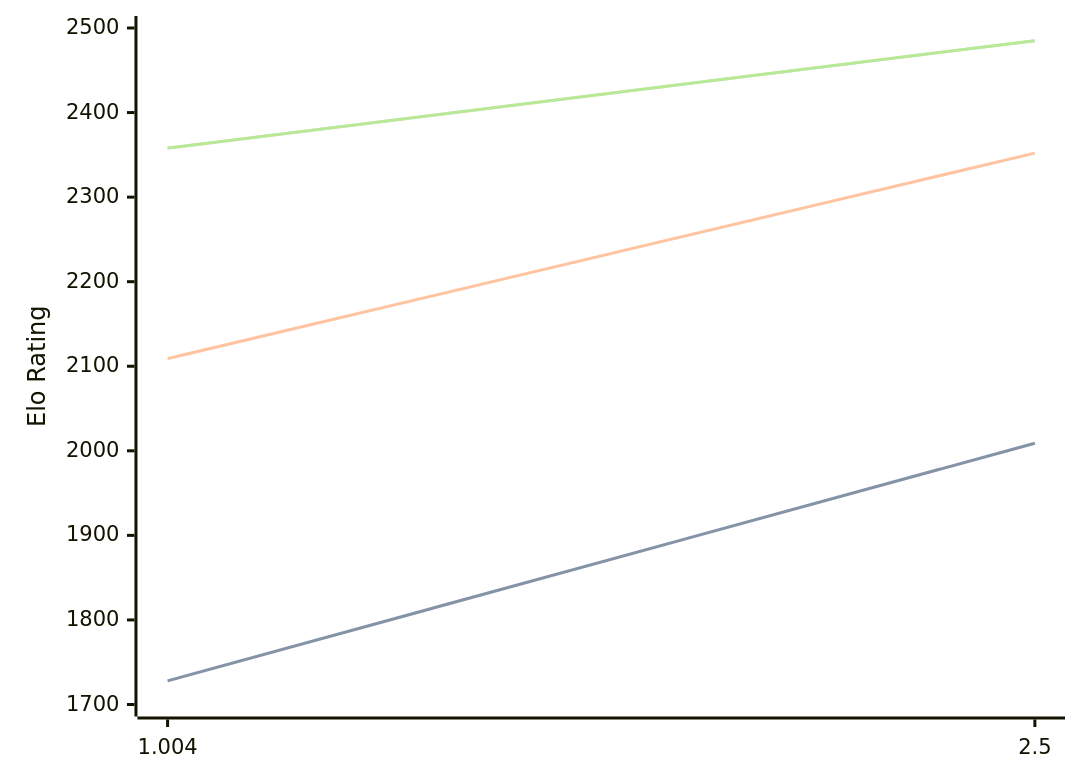
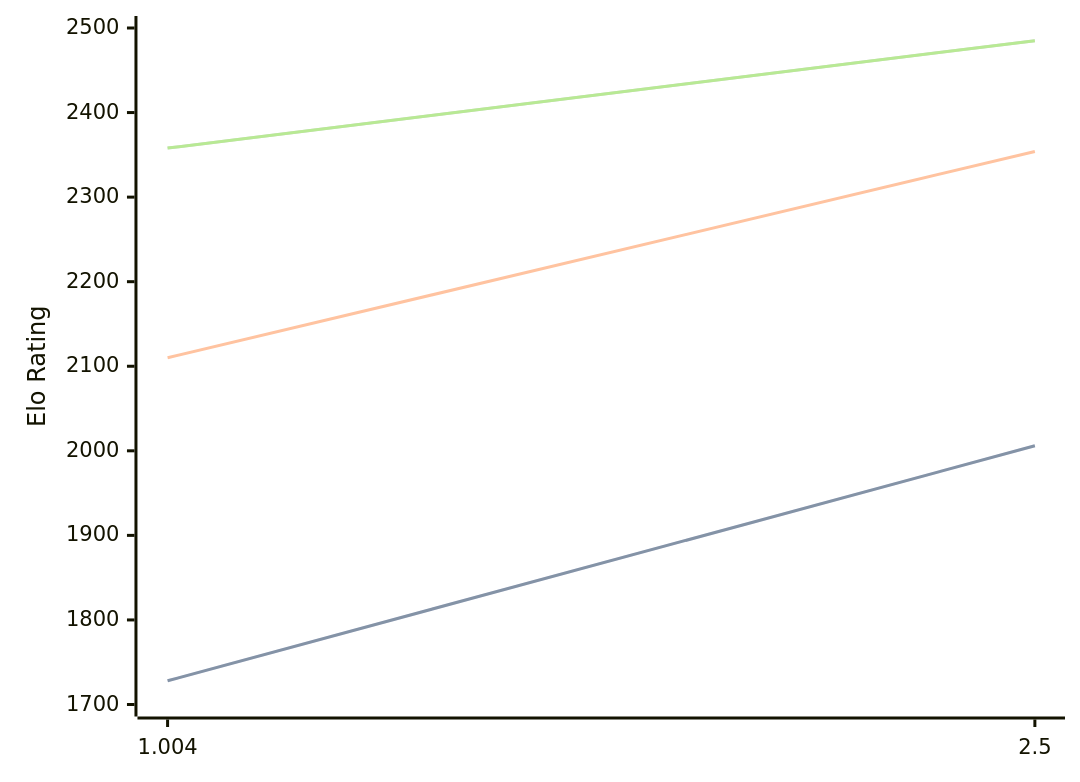
One commit to computer-chess-index/cci changed the diagram in engines/Ares.md. Above: the diagram before and after it, drawn with Mermaid. The commit also changed other lines of this file, not shown here.

Commit message:
Update CCI Ratings (ELO VLTC) - 2026-04-25

````diff
--- a/engines/Ares.md
+++ b/engines/Ares.md
@@ -32,11 +32,11 @@
 ```mermaid
 %%{init: {"theme":"base","themeVariables":{"seriesColors:['#a3a3a3','#222221','#faa371']}}}%%
 xychart-beta
   x-axis ["1.004", "2.5"]
   y-axis "Elo Rating" 1700 --> 2500
-  line "STC (8.0+0.08s)" [1728, 2009]
-  line "STC (8.0+0.08s)" [1728, 2009]
-  line "LTC (60.0+0.60s)" [2109, 2352]
+  line "STC (8.0+0.08s)" [1728, 2006]
+  line "STC (8.0+0.08s)" [1728, 2006]
+  line "LTC (60.0+0.60s)" [2110, 2354]
   line "VLTC (2m24s+1.12s)" [2358, 2485]
   line "VLTC (2m24s+1.12s)" [2358, 2485]
 ```
````
